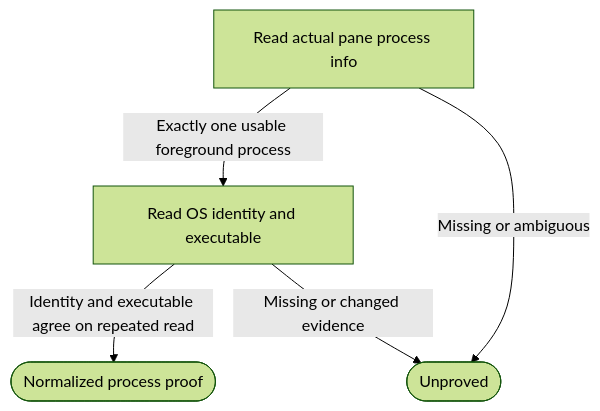
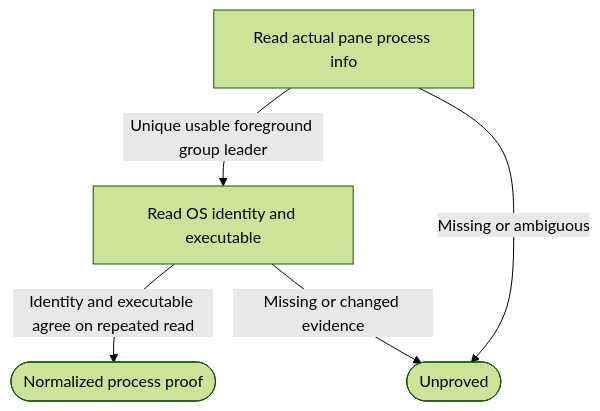
The diagram in prompts/cli/workflow-herdr-client.prompt.md (promptdriven/pdd_alpha), drawn with Mermaid (forest theme) before and after one commit. The commit also changed other lines of this file and 43 other files, not shown here.

````diff
--- a/prompts/cli/workflow-herdr-client.prompt.md
+++ b/prompts/cli/workflow-herdr-client.prompt.md
@@ -63,7 +67,7 @@
 ```mermaid
 flowchart TD
-    R[Read actual pane process info] -->|Exactly one usable foreground process| O[Read OS identity and executable]
+    R[Read actual pane process info] -->|Unique usable foreground group leader| O[Read OS identity and executable]
     R -->|Missing or ambiguous| U([Unproved])
     O -->|Identity and executable agree on repeated read| P([Normalized process proof])
     O -->|Missing or changed evidence| U
 ```
````
